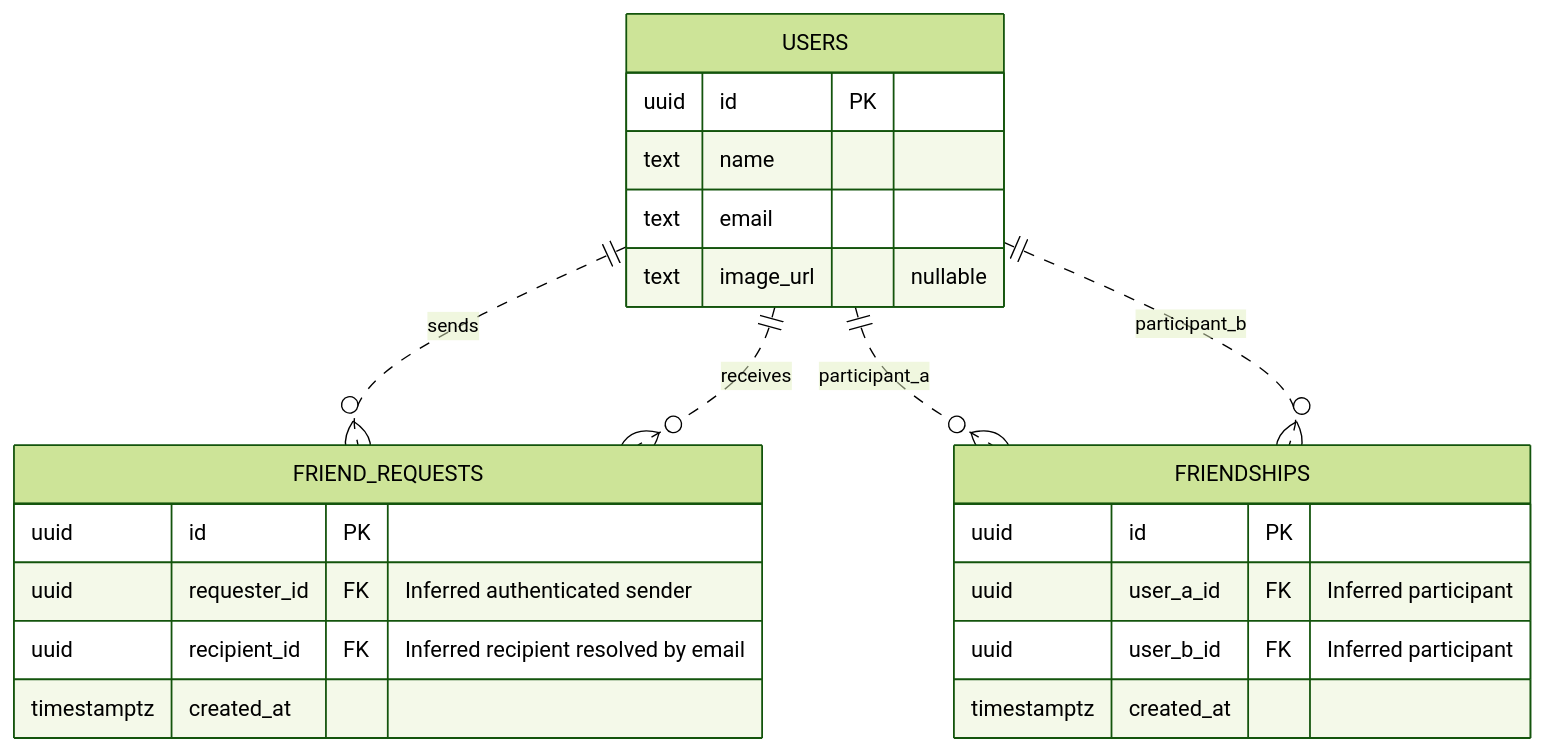
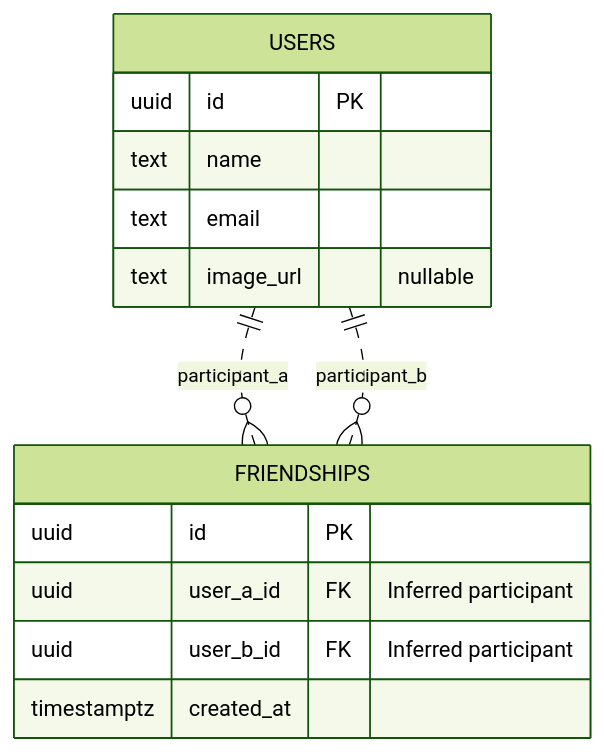
One commit to diffiii/homesplit changed the third of 4 diagrams in docs/database-schema.md. Above: the diagram before and after it, drawn with Mermaid (forest theme). The commit also changed other lines of this file and 16 other files, not shown here.

Commit message:
feat(backend): send and list friend requests (#168)

````diff
--- a/docs/database-schema.md
+++ b/docs/database-schema.md
@@ -321,28 +330,19 @@
 ```mermaid
 erDiagram
     USERS {
         uuid id PK
         text name
         text email
         text image_url "nullable"
     }
 
-    FRIEND_REQUESTS {
-        uuid id PK
-        uuid requester_id FK "Inferred authenticated sender"
-        uuid recipient_id FK "Inferred recipient resolved by email"
-        timestamptz created_at
-    }
-
     FRIENDSHIPS {
         uuid id PK
         uuid user_a_id FK "Inferred participant"
         uuid user_b_id FK "Inferred participant"
         timestamptz created_at
     }
 
-    USERS ||..o{ FRIEND_REQUESTS : sends
-    USERS ||..o{ FRIEND_REQUESTS : receives
     USERS ||..o{ FRIENDSHIPS : participant_a
     USERS ||..o{ FRIENDSHIPS : participant_b
 ```
````
